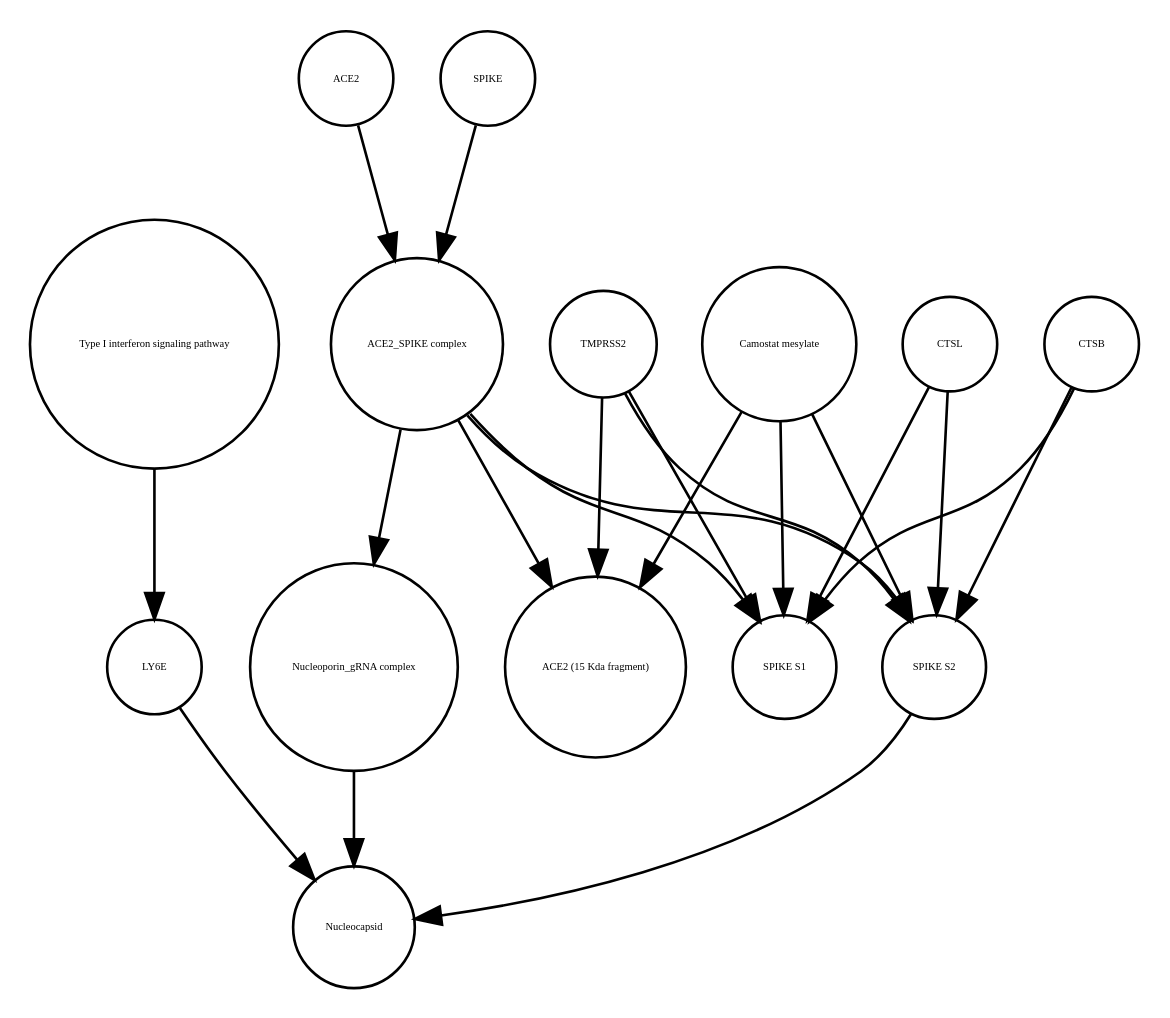
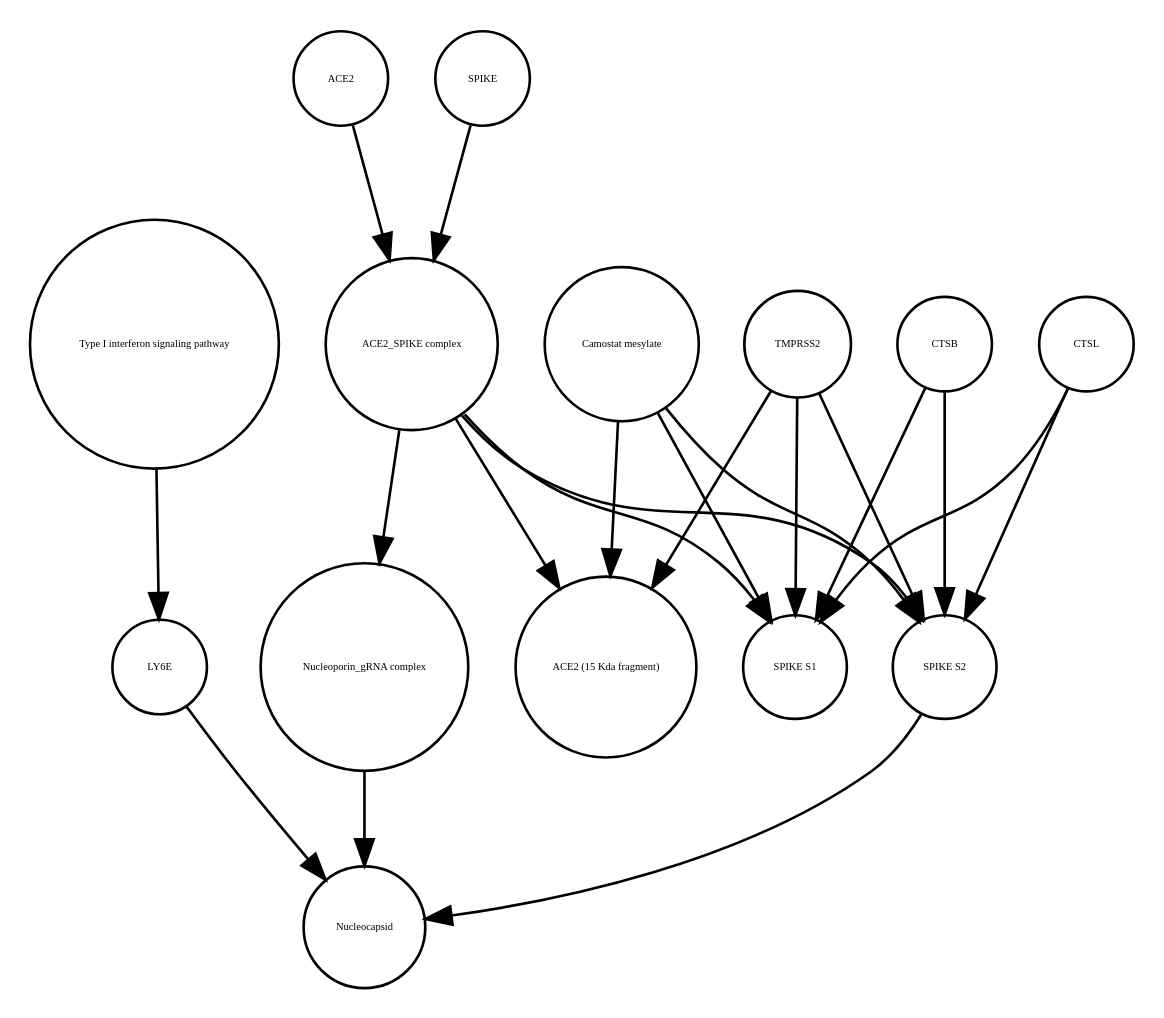
The diagram in Virus_replication_cycle_V01.xml_projected.dot (cannin/covid19-sbgn), drawn with Graphviz before and after one commit. The commit also changed other lines of this file and 637 other files, not shown here.

```diff
--- a/Virus_replication_cycle_V01.xml_projected.dot
+++ b/Virus_replication_cycle_V01.xml_projected.dot
@@ -1,36 +1,36 @@
 strict digraph  {
 "Type I interferon signaling pathway" [annotation="", bipartite=0, cls=phenotype, fontsize=4, label="Type I interferon signaling pathway", shape=circle];
 LY6E [annotation="", bipartite=0, cls=macromolecule, fontsize=4, label=LY6E, shape=circle];
+Nucleocapsid [annotation="", bipartite=0, cls=complex, fontsize=4, label=Nucleocapsid, shape=circle];
+"Camostat mesylate" [annotation="urn_miriam_pubchem.compound_2536", bipartite=0, cls="simple chemical", fontsize=4, label="Camostat mesylate", shape=circle];
+CTSL [annotation="", bipartite=0, cls=macromolecule, fontsize=4, label=CTSL, shape=circle];
+ACE2 [annotation="", bipartite=0, cls=macromolecule, fontsize=4, label=ACE2, shape=circle];
+"SPIKE S1" [annotation="", bipartite=0, cls=macromolecule, fontsize=4, label="SPIKE S1", shape=circle];
+CTSB [annotation="", bipartite=0, cls=macromolecule, fontsize=4, label=CTSB, shape=circle];
+TMPRSS2 [annotation="", bipartite=0, cls=macromolecule, fontsize=4, label=TMPRSS2, shape=circle];
+"Nucleoporin_gRNA complex " [annotation="", bipartite=0, cls=complex, fontsize=4, label="Nucleoporin_gRNA complex ", shape=circle];
 "ACE2 (15 Kda fragment)" [annotation="", bipartite=0, cls=macromolecule, fontsize=4, label="ACE2 (15 Kda fragment)", shape=circle];
-ACE2 [annotation="", bipartite=0, cls=macromolecule, fontsize=4, label=ACE2, shape=circle];
-CTSB [annotation="", bipartite=0, cls=macromolecule, fontsize=4, label=CTSB, shape=circle];
 "ACE2_SPIKE complex" [annotation="", bipartite=0, cls=complex, fontsize=4, label="ACE2_SPIKE complex", shape=circle];
-"Nucleoporin_gRNA complex " [annotation="", bipartite=0, cls=complex, fontsize=4, label="Nucleoporin_gRNA complex ", shape=circle];
+"SPIKE S2" [annotation="", bipartite=0, cls=macromolecule, fontsize=4, label="SPIKE S2", shape=circle];
 SPIKE [annotation="", bipartite=0, cls="macromolecule multimer", fontsize=4, label=SPIKE, shape=circle];
-TMPRSS2 [annotation="", bipartite=0, cls=macromolecule, fontsize=4, label=TMPRSS2, shape=circle];
-"Camostat mesylate" [annotation="urn_miriam_pubchem.compound_2536", bipartite=0, cls="simple chemical", fontsize=4, label="Camostat mesylate", shape=circle];
-Nucleocapsid [annotation="", bipartite=0, cls=complex, fontsize=4, label=Nucleocapsid, shape=circle];
-"SPIKE S2" [annotation="", bipartite=0, cls=macromolecule, fontsize=4, label="SPIKE S2", shape=circle];
-"SPIKE S1" [annotation="", bipartite=0, cls=macromolecule, fontsize=4, label="SPIKE S1", shape=circle];
-CTSL [annotation="", bipartite=0, cls=macromolecule, fontsize=4, label=CTSL, shape=circle];
 "Type I interferon signaling pathway" -> LY6E  [annotation="", interaction_type=stimulation];
 LY6E -> Nucleocapsid  [annotation="urn_miriam_doi_10.1101%2F2020.03.05.979260|urn_miriam_pubmed_32142651|urn_miriam_pubmed_32094589", interaction_type=inhibition];
+"Camostat mesylate" -> "ACE2 (15 Kda fragment)"  [annotation="urn_miriam_pubmed_32142651|urn_miriam_pubmed_32094589|urn_miriam_pubmed_24227843", interaction_type=inhibition];
+"Camostat mesylate" -> "SPIKE S1"  [annotation="urn_miriam_pubmed_32142651|urn_miriam_pubmed_32094589|urn_miriam_pubmed_24227843", interaction_type=inhibition];
+"Camostat mesylate" -> "SPIKE S2"  [annotation="urn_miriam_pubmed_32142651|urn_miriam_pubmed_32094589|urn_miriam_pubmed_24227843", interaction_type=inhibition];
+CTSL -> "SPIKE S1"  [annotation=urn_miriam_pubmed_32142651, interaction_type=catalysis];
+CTSL -> "SPIKE S2"  [annotation=urn_miriam_pubmed_32142651, interaction_type=catalysis];
 ACE2 -> "ACE2_SPIKE complex"  [annotation="", interaction_type=production];
+CTSB -> "SPIKE S1"  [annotation=urn_miriam_pubmed_32142651, interaction_type=catalysis];
 CTSB -> "SPIKE S2"  [annotation=urn_miriam_pubmed_32142651, interaction_type=catalysis];
-CTSB -> "SPIKE S1"  [annotation=urn_miriam_pubmed_32142651, interaction_type=catalysis];
-"ACE2_SPIKE complex" -> "ACE2 (15 Kda fragment)"  [annotation="", interaction_type=production];
+TMPRSS2 -> "ACE2 (15 Kda fragment)"  [annotation="urn_miriam_pubmed_32142651|urn_miriam_pubmed_32094589|urn_miriam_pubmed_24227843", interaction_type=catalysis];
+TMPRSS2 -> "SPIKE S1"  [annotation="urn_miriam_pubmed_32142651|urn_miriam_pubmed_32094589|urn_miriam_pubmed_24227843", interaction_type=catalysis];
+TMPRSS2 -> "SPIKE S2"  [annotation="urn_miriam_pubmed_32142651|urn_miriam_pubmed_32094589|urn_miriam_pubmed_24227843", interaction_type=catalysis];
+"Nucleoporin_gRNA complex " -> Nucleocapsid  [annotation="", interaction_type=production];
+"ACE2_SPIKE complex" -> "Nucleoporin_gRNA complex "  [annotation="urn_miriam_pubmed_32142651|urn_miriam_pubmed_32094589", interaction_type=stimulation];
 "ACE2_SPIKE complex" -> "SPIKE S1"  [annotation="", interaction_type=production];
 "ACE2_SPIKE complex" -> "SPIKE S2"  [annotation="", interaction_type=production];
-"ACE2_SPIKE complex" -> "Nucleoporin_gRNA complex "  [annotation="urn_miriam_pubmed_32142651|urn_miriam_pubmed_32094589", interaction_type=stimulation];
-"Nucleoporin_gRNA complex " -> Nucleocapsid  [annotation="", interaction_type=production];
+"ACE2_SPIKE complex" -> "ACE2 (15 Kda fragment)"  [annotation="", interaction_type=production];
+"SPIKE S2" -> Nucleocapsid  [annotation="urn_miriam_doi_10.1101%2F2020.03.05.979260|urn_miriam_pubmed_32142651|urn_miriam_pubmed_32094589", interaction_type=stimulation];
 SPIKE -> "ACE2_SPIKE complex"  [annotation="", interaction_type=production];
-TMPRSS2 -> "ACE2 (15 Kda fragment)"  [annotation="urn_miriam_pubmed_32142651|urn_miriam_pubmed_32094589|urn_miriam_pubmed_24227843", interaction_type=catalysis];
-TMPRSS2 -> "SPIKE S2"  [annotation="urn_miriam_pubmed_32142651|urn_miriam_pubmed_32094589|urn_miriam_pubmed_24227843", interaction_type=catalysis];
-TMPRSS2 -> "SPIKE S1"  [annotation="urn_miriam_pubmed_32142651|urn_miriam_pubmed_32094589|urn_miriam_pubmed_24227843", interaction_type=catalysis];
-"Camostat mesylate" -> "ACE2 (15 Kda fragment)"  [annotation="urn_miriam_pubmed_32142651|urn_miriam_pubmed_32094589|urn_miriam_pubmed_24227843", interaction_type=inhibition];
-"Camostat mesylate" -> "SPIKE S2"  [annotation="urn_miriam_pubmed_32142651|urn_miriam_pubmed_32094589|urn_miriam_pubmed_24227843", interaction_type=inhibition];
-"Camostat mesylate" -> "SPIKE S1"  [annotation="urn_miriam_pubmed_32142651|urn_miriam_pubmed_32094589|urn_miriam_pubmed_24227843", interaction_type=inhibition];
-"SPIKE S2" -> Nucleocapsid  [annotation="urn_miriam_doi_10.1101%2F2020.03.05.979260|urn_miriam_pubmed_32142651|urn_miriam_pubmed_32094589", interaction_type=stimulation];
-CTSL -> "SPIKE S2"  [annotation=urn_miriam_pubmed_32142651, interaction_type=catalysis];
-CTSL -> "SPIKE S1"  [annotation=urn_miriam_pubmed_32142651, interaction_type=catalysis];
 }
```
